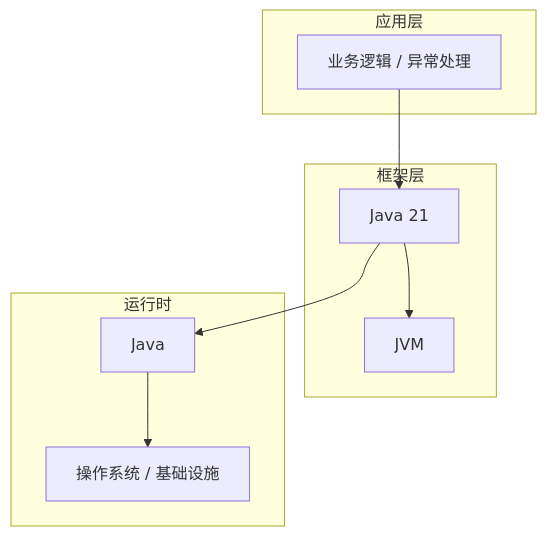
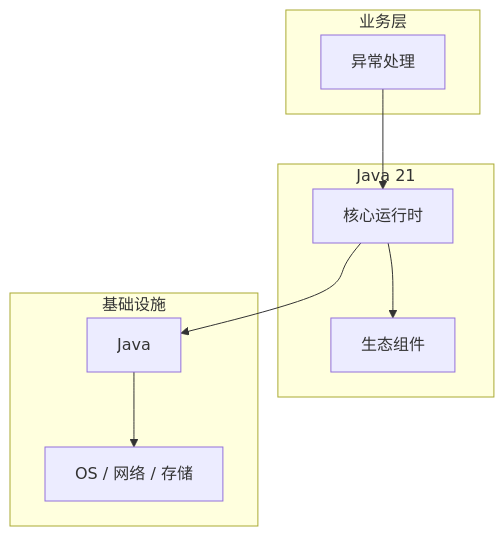
The diagram in articles/Java核心/chapters/031-异常处理核心概念与原理.md (yanggan2015/knowledge-json-v2), drawn with Mermaid before and after one commit. The commit also changed other lines of this file and 10127 other files, not shown here.

````diff
--- a/articles/Java核心/chapters/031-异常处理核心概念与原理.md
+++ b/articles/Java核心/chapters/031-异常处理核心概念与原理.md
@@ -45,18 +34,18 @@
 ```mermaid
 graph TB
-    subgraph 应用层
-        A[业务逻辑 / 异常处理]
+    subgraph 业务层
+        A[异常处理]
     end
-    subgraph 框架层
-        B[Java 21]
-        C[JVM]
+    subgraph Java 21
+        B[核心运行时]
+        C[生态组件]
     end
-    subgraph 运行时
+    subgraph 基础设施
         D[Java]
-        E[操作系统 / 基础设施]
+        E[OS / 网络 / 存储]
     end
     A --> B
     B --> C
     B --> D
     D --> E
 ```
````
